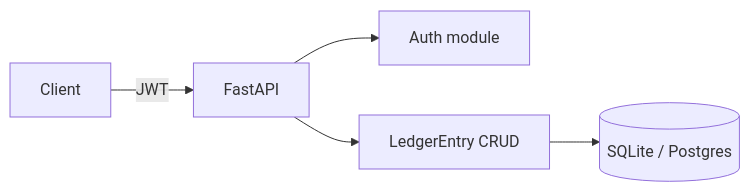
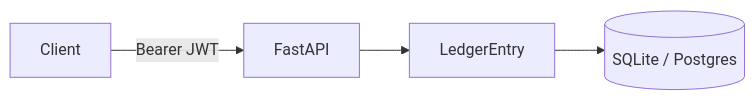
One commit to rodrigoorl297/aurora-api changed the diagram in docs/architecture.md. Above: the diagram before and after it, drawn with Mermaid. The commit also changed other lines of this file and 15 other files, not shown here.

````diff
--- a/docs/architecture.md
+++ b/docs/architecture.md
@@ -3,7 +3,6 @@
 ```mermaid
 flowchart LR
-  Client -->|JWT| API[FastAPI]
-  API --> Auth[Auth module]
-  API --> CRUD[LedgerEntry CRUD]
+  Client -->|Bearer JWT| API[FastAPI]
+  API --> CRUD[LedgerEntry]
   CRUD --> DB[(SQLite / Postgres)]
 ```
````
